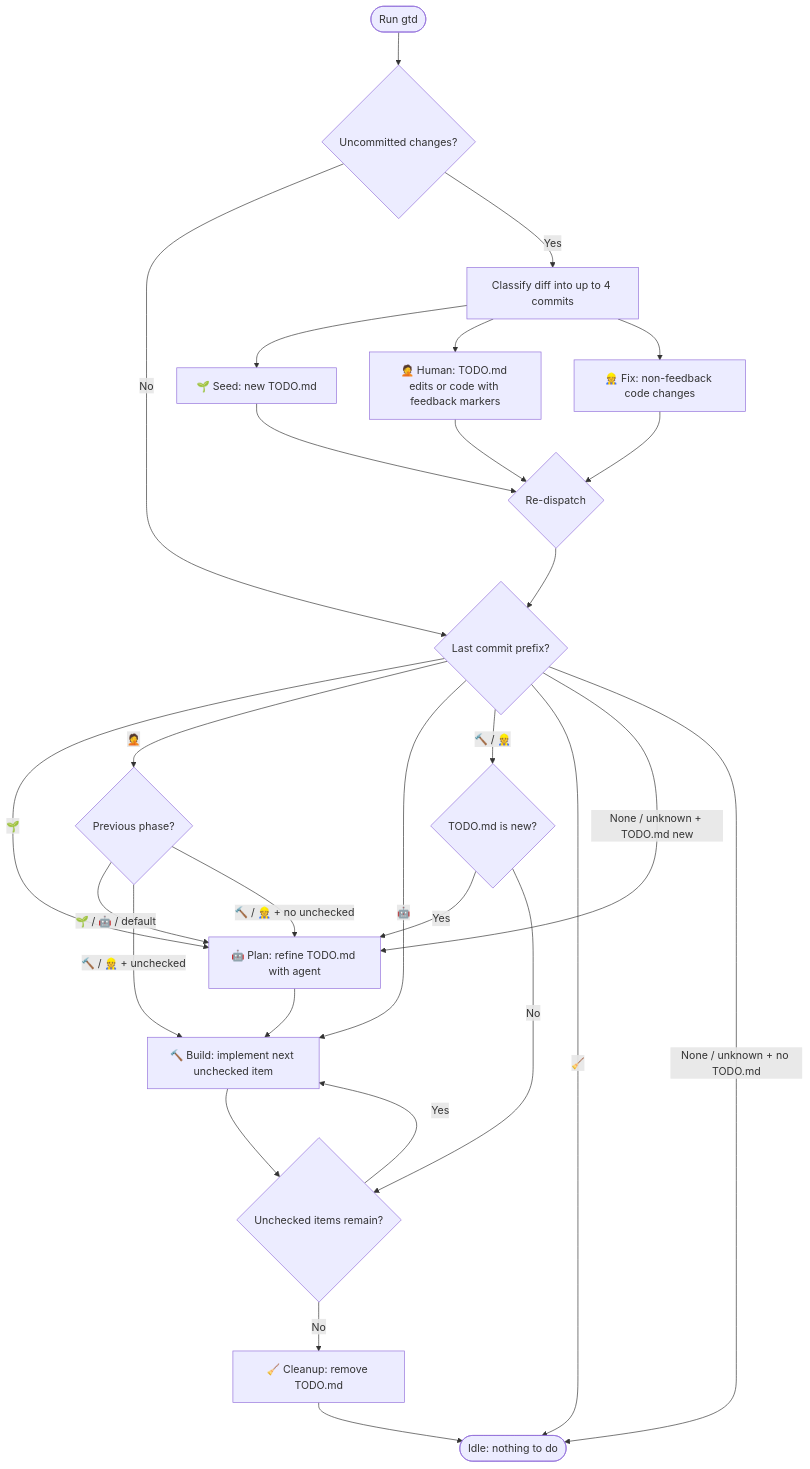
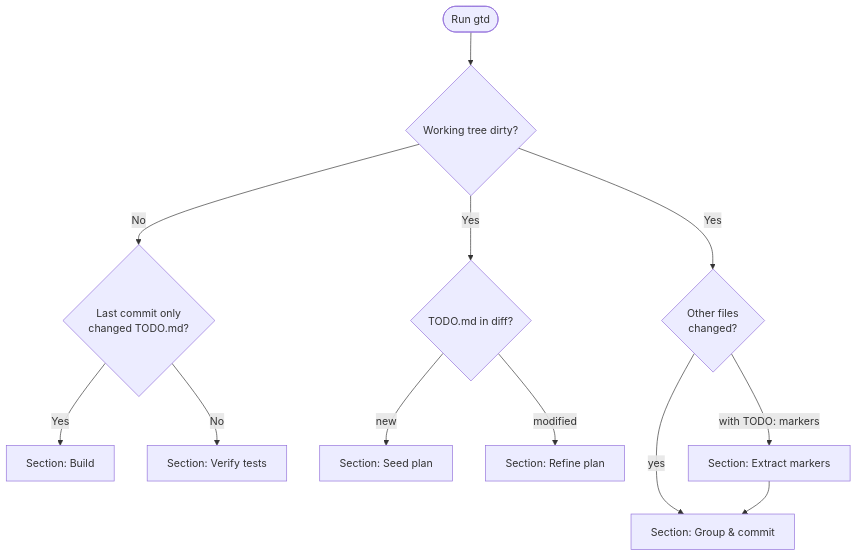
The diagram in README.md (pmelab/gtd), drawn with Mermaid before and after one commit. The commit also changed other lines of this file and 93 other files, not shown here.

````diff
--- a/README.md
+++ b/README.md
@@ -38,31 +61,14 @@
 ```mermaid
 flowchart TD
-    Start([Run gtd]) --> Uncommitted{Uncommitted changes?}
-    Uncommitted -->|No| CheckLast{Last commit prefix?}
-    Uncommitted -->|Yes| Classify["Classify diff into up to 4 commits"]
-    Classify --> SeedCommit["🌱 Seed: new TODO.md"]
-    Classify --> HumanCommit["🤦 Human: TODO.md edits or code with feedback markers"]
-    Classify --> FixCommit["👷 Fix: non-feedback code changes"]
-    SeedCommit --> ReDispatch
-    HumanCommit --> ReDispatch
-    FixCommit --> ReDispatch
-    ReDispatch{Re-dispatch} --> CheckLast
-    CheckLast -->|🌱| Plan["🤖 Plan: refine TODO.md with agent"]
-    CheckLast -->|🤦| HumanRoute{Previous phase?}
-    HumanRoute -->|"🌱 / 🤖 / default"| Plan
-    HumanRoute -->|"🔨 / 👷 + unchecked"| Build
-    HumanRoute -->|"🔨 / 👷 + no unchecked"| Plan
-    CheckLast -->|🤖| Build
-    CheckLast -->|"🔨 / 👷"| TodoNew{TODO.md is new?}
-    TodoNew -->|Yes| Plan
-    TodoNew -->|No| ItemsLeft
-    Build["🔨 Build: implement next unchecked item"] --> ItemsLeft
-    ItemsLeft{Unchecked items remain?}
-    ItemsLeft -->|Yes| Build
-    ItemsLeft -->|No| Cleanup["🧹 Cleanup: remove TODO.md"]
-    Plan --> Build
-    Cleanup --> Idle([Idle: nothing to do])
-    CheckLast -->|🧹| Idle
-    CheckLast -->|"None / unknown + TODO.md new"| Plan
-    CheckLast -->|"None / unknown + no TODO.md"| Idle
+    Start([Run gtd]) --> Dirty{Working tree dirty?}
+    Dirty -->|No| Last{Last commit only<br/>changed TODO.md?}
+    Last -->|Yes| Build[Section: Build]
+    Last -->|No| Verify[Section: Verify tests]
+    Dirty -->|Yes| Todo{TODO.md in diff?}
+    Todo -->|new| Seed[Section: Seed plan]
+    Todo -->|modified| Refine[Section: Refine plan]
+    Dirty -->|Yes| Other{Other files<br/>changed?}
+    Other -->|with TODO: markers| Markers[Section: Extract markers]
+    Other -->|yes| Commit[Section: Group & commit]
+    Markers --> Commit
 ```
````
